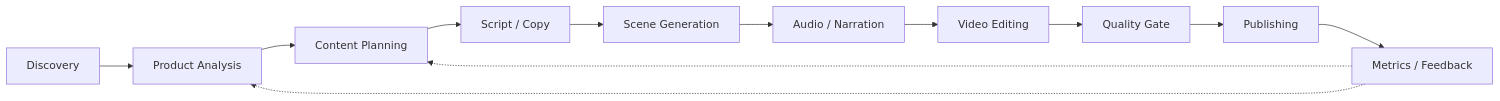
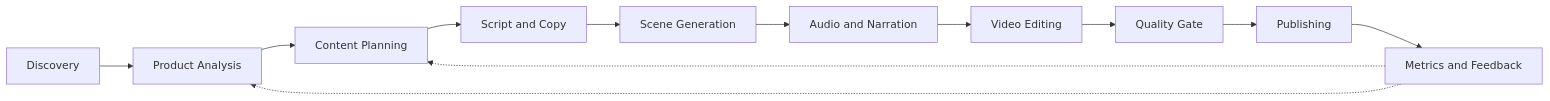
The second of 2 diagrams in README.md (z-scriptz/projeto-jarvis-completo), drawn with Mermaid before and after one commit. The commit also changed other lines of this file, not shown here.

````diff
--- a/README.md
+++ b/README.md
@@ -213,27 +302,27 @@
 ```mermaid
 flowchart LR
 
     A["Discovery"]
     B["Product Analysis"]
     C["Content Planning"]
-    D["Script / Copy"]
+    D["Script and Copy"]
     E["Scene Generation"]
-    F["Audio / Narration"]
+    F["Audio and Narration"]
     G["Video Editing"]
     H["Quality Gate"]
     I["Publishing"]
-    J["Metrics / Feedback"]
+    J["Metrics and Feedback"]
 
     A --> B
     B --> C
     C --> D
     D --> E
     E --> F
     F --> G
     G --> H
     H --> I
     I --> J
 
     J -.-> C
     J -.-> B
 ```
````
